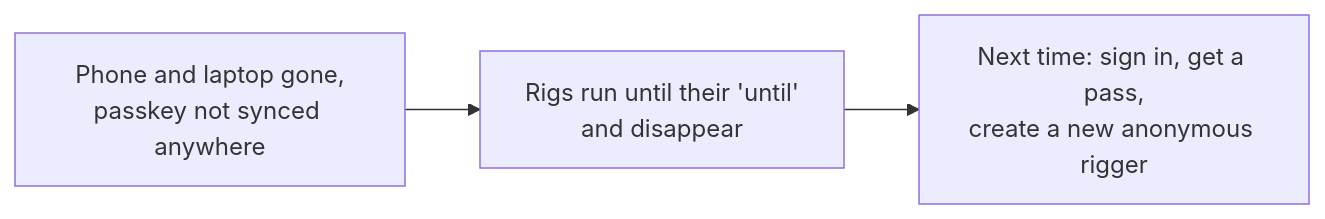
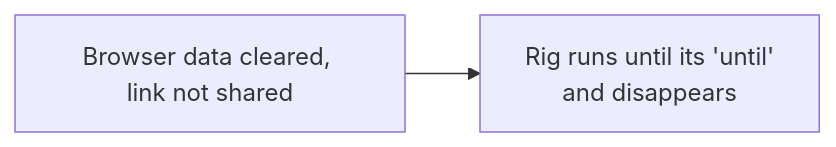
One commit to International-Slackline-Association/isa changed the ninth of 9 diagrams in specs/slackmap-live-lines/flows.md. Above: the diagram before and after it, drawn with Mermaid. The commit also changed other lines of this file and 5 other files, not shown here.

Commit message:
specs/slackmap-live-lines: manage link replaces the passkey; sharing it moves a rig to another device or hands it to a crew member; code after # so it never reaches server logs; hash erased when the rig ends; rejected options listed

````diff
--- a/specs/slackmap-live-lines/flows.md
+++ b/specs/slackmap-live-lines/flows.md
@@ -216,5 +156,4 @@
 ```mermaid
 flowchart LR
-    Lost["Phone and laptop gone,<br/>passkey not synced anywhere"] --> R["Rigs run until their 'until'<br/>and disappear"]
-    R --> New["Next time: sign in, get a pass,<br/>create a new anonymous rigger"]
+    Lost["Browser data cleared, link not shared"] --> R["Rig runs until its 'until'<br/>and disappears"]
 ```
````
